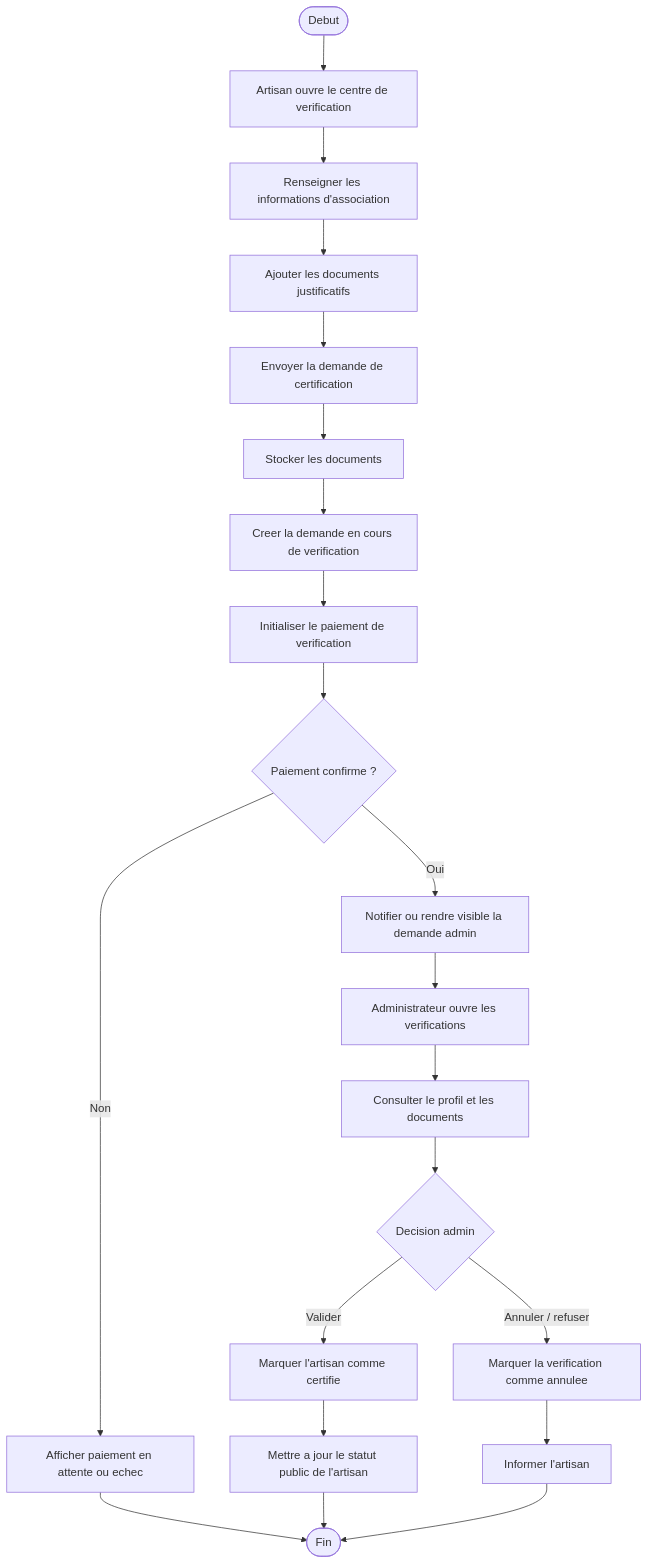
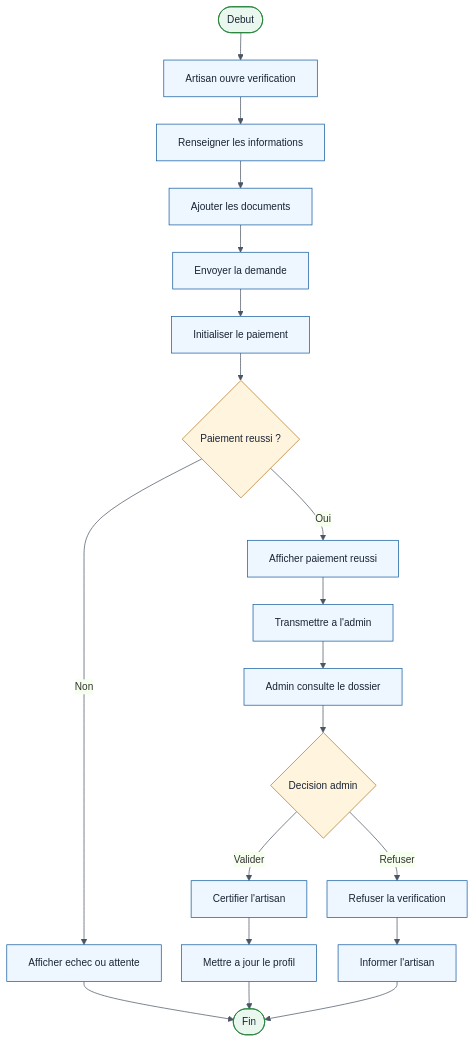
Before and after one commit to Exauce13/fya-front-end: the ninth of 12 diagrams in UML/diagrammes-activites.md, drawn with Mermaid. The commit also changed other lines of this file and 104 other files, not shown here.

````diff
--- a/UML/diagrammes-activites.md
+++ b/UML/diagrammes-activites.md
@@ -261,24 +310,32 @@
 ```mermaid
+%%{init: {"theme": "base", "themeVariables": {"fontFamily": "Arial", "fontSize": "14px", "primaryColor": "#EEF6FF", "primaryBorderColor": "#145DA0", "lineColor": "#4B5563", "textColor": "#182433"}, "flowchart": {"curve": "basis", "nodeSpacing": 28, "rankSpacing": 38}}}%%
 flowchart TD
-    A([Debut]) --> B[Artisan ouvre le centre de verification]
-    B --> C[Renseigner les informations d'association]
-    C --> D[Ajouter les documents justificatifs]
-    D --> E[Envoyer la demande de certification]
-    E --> F[Stocker les documents]
-    F --> G[Creer la demande en cours de verification]
-    G --> H[Initialiser le paiement de verification]
-    H --> I{Paiement confirme ?}
-    I -- Non --> J[Afficher paiement en attente ou echec]
-    J --> Z([Fin])
+    A([Debut]) --> B[Artisan ouvre verification]
+    B --> C[Renseigner les informations]
+    C --> D[Ajouter les documents]
+    D --> E[Envoyer la demande]
+    E --> F[Initialiser le paiement]
+    F --> G{Paiement reussi ?}
 
-    I -- Oui --> K[Notifier ou rendre visible la demande admin]
-    K --> L[Administrateur ouvre les verifications]
-    L --> M[Consulter le profil et les documents]
-    M --> N{Decision admin}
-    N -- Valider --> O[Marquer l'artisan comme certifie]
-    N -- Annuler / refuser --> P[Marquer la verification comme annulee]
-    O --> Q[Mettre a jour le statut public de l'artisan]
-    P --> R[Informer l'artisan]
-    Q --> Z
-    R --> Z
+    G -- Non --> H[Afficher echec ou attente]
+    H --> Z([Fin])
+
+    G -- Oui --> I[Afficher paiement reussi]
+    I --> J[Transmettre a l'admin]
+    J --> K[Admin consulte le dossier]
+    K --> L{Decision admin}
+
+    L -- Valider --> M[Certifier l'artisan]
+    L -- Refuser --> N[Refuser la verification]
+    M --> O[Mettre a jour le profil]
+    N --> P[Informer l'artisan]
+    O --> Z
+    P --> Z
+
+    classDef start fill:#E9F7EF,stroke:#1E7E34,color:#182433,font-size:14px
+    classDef action fill:#EEF6FF,stroke:#145DA0,color:#182433,font-size:14px
+    classDef decision fill:#FFF4DE,stroke:#B7791F,color:#182433,font-size:14px
+    class A,Z start
+    class B,C,D,E,F,H,I,J,K,M,N,O,P action
+    class G,L decision
 ```
````
